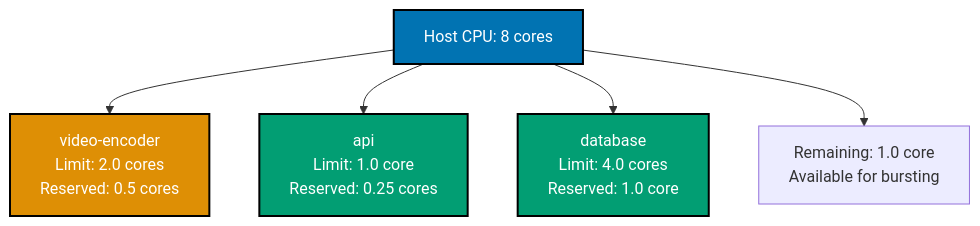
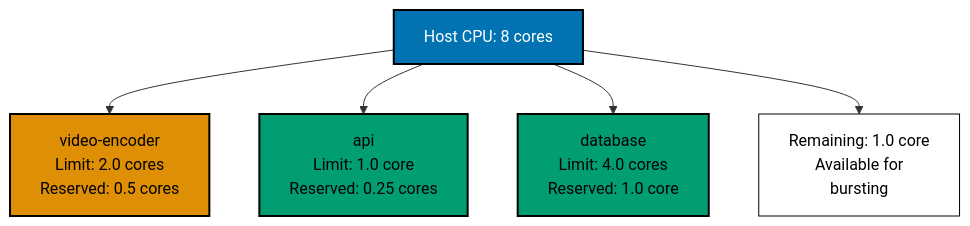
Before and after one commit to wahidyankf/ose-public: the seventh of 11 diagrams in apps/ayokoding-www/content/en/learn/legacy/software-engineering/infrastructure/tools/docker/by-example/intermediate.md, drawn with Mermaid. The commit also changed other lines of this file and 131 other files, not shown here.

First line of the commit message:
fix(mermaid): bring the legacy data, infrastructure, and testing diagrams onto the accessible palette

````diff
--- a/apps/ayokoding-www/content/en/learn/legacy/software-engineering/infrastructure/tools/docker/by-example/intermediate.md
+++ b/apps/ayokoding-www/content/en/learn/legacy/software-engineering/infrastructure/tools/docker/by-example/intermediate.md
@@ -1248,13 +1283,19 @@
 ```mermaid
 %% Color Palette: Blue #0173B2, Orange #DE8F05, Teal #029E73, Purple #CC78BC, Brown #CA9161
 graph TD
+ accTitle: Example 35: Resource Limits - CPU
+ accDescr: Graph with 5 nodes and 4 connections. Nodes: Host CPU: 8 cores, video-encoder Limit: 2.0 cores Reserved: 0.5 cores, api Limit: 1.0 core Reserved: 0.25 cores, database Limit: 4.0 cores Reserved: 1.0 core, Remaining: 1.0 core Available for bursting. Connections: Host CPU: 8 cores to video-encoder Limit: 2.0 cores Reserved: 0.5 cores, Host CPU: 8 cores to api Limit: 1.0 core Reserved: 0.25 cores, Host CPU: 8 cores to database Limit: 4.0 cores Reserved: 1.0 core, Host CPU: 8 cores to Remaining: 1.0 core Available for bursting.
  A["Host CPU: 8 cores"] --> B["video-encoder<br/>Limit: 2.0 cores<br/>Reserved: 0.5 cores"]
  A --> C["api<br/>Limit: 1.0 core<br/>Reserved: 0.25 cores"]
  A --> D["database<br/>Limit: 4.0 cores<br/>Reserved: 1.0 core"]
- A --> E["Remaining: 1.0 core<br/>Available for bursting"]
+ A --> E["Remaining: 1.0 core<br/>Available for<br/>bursting"]
 
- style A fill:#0173B2,stroke:#000000,stroke-width:2px,color:#fff
- style B fill:#DE8F05,stroke:#000000,stroke-width:2px,color:#fff
- style C fill:#029E73,stroke:#000000,stroke-width:2px,color:#fff
- style D fill:#029E73,stroke:#000000,stroke-width:2px,color:#fff
+ classDef pal-0173B2 fill:#0173B2,stroke:#000000,color:#FFFFFF,stroke-width:2px
+ class A pal-0173B2
+ classDef pal-DE8F05 fill:#DE8F05,stroke:#000000,color:#000000,stroke-width:2px
+ class B pal-DE8F05
+ classDef pal-029E73 fill:#029E73,stroke:#000000,color:#000000,stroke-width:2px
+ class C pal-029E73
+ class D pal-029E73
+ classDef default fill:#FFFFFF,stroke:#000000,color:#000000
 ```
````
